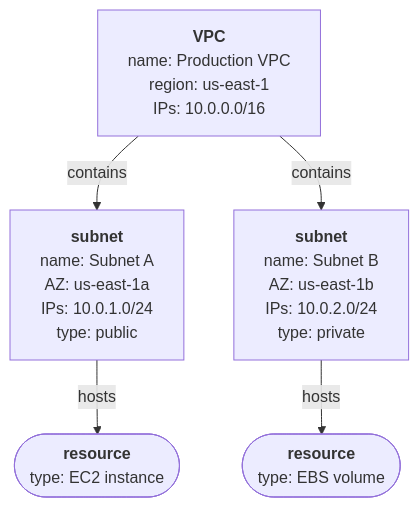
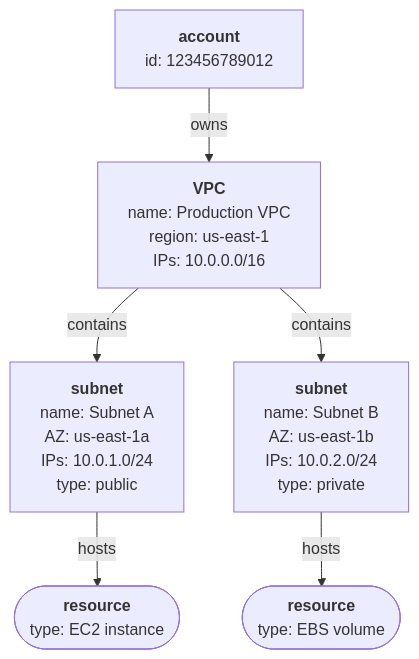
One commit to conmaol/maglocunus changed the first of 6 diagrams in v/VPCs.md. Above: the diagram before and after it, drawn with Mermaid. The commit also changed other lines of this file, not shown here.

First line of the commit message:
Enhance VPC documentation clarity and examples

````diff
--- a/v/VPCs.md
+++ b/v/VPCs.md
@@ -21,25 +21,28 @@
 ```mermaid
 flowchart TD
+  account["`**account**
+id: 123456789012`"]
   VPC["`**VPC**
 name: Production VPC
 region: us-east-1
 IPs: 10.0.0.0/16`"]
   SN1["`**subnet**
 name: Subnet A
 AZ: us-east-1a
 IPs: 10.0.1.0/24
 type: public`"]
   SN2["`**subnet**
 name: Subnet B
 AZ: us-east-1b
 IPs: 10.0.2.0/24
 type: private`"]
   EC2(["`**resource**
 type: EC2 instance`"])
   EBS(["`**resource**
 type: EBS volume`"])
+  account -- owns --> VPC
   VPC -- contains --> SN1
   VPC -- contains --> SN2
   SN1 -- hosts --> EC2
   SN2 -- hosts --> EBS
 ```
````
